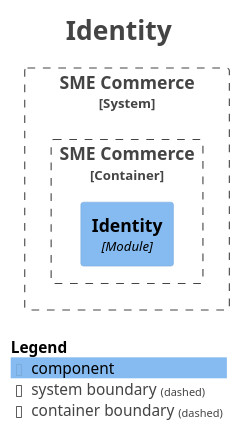
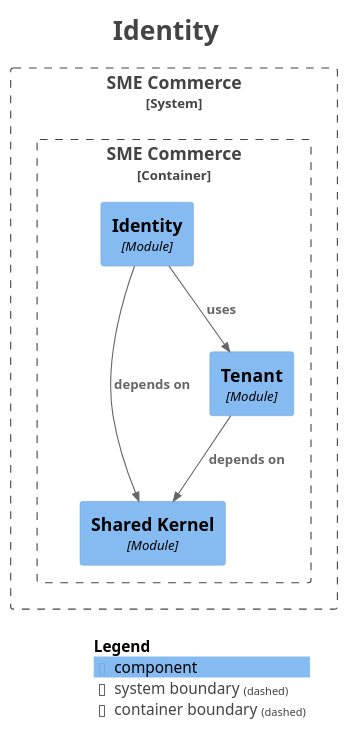
One commit to hezronokwach/sme-commerce-platform changed the diagram in docs/modules/module-identity.puml. Above: the diagram before and after it, drawn with PlantUML. The commit also changed 12 other files, not shown here.

```diff
--- a/docs/modules/module-identity.puml
+++ b/docs/modules/module-identity.puml
@@ -1,27 +1,33 @@
 @startuml
 title <size:24>Identity</size>
 
 set separator none
 top to bottom direction
 
 <style>
   root {
     BackgroundColor: #ffffff
     FontColor: #444444
   }
 </style>
 
 !include <C4/C4>
 !include <C4/C4_Context>
 !include <C4/C4_Component>
 
 System_Boundary("SMECommerce_boundary", "SME Commerce", $tags="") {
   Container_Boundary("SMECommerce.SMECommerce_boundary", "SME Commerce", $tags="") {
+    Component(SMECommerce.SMECommerce.SharedKernel, "Shared Kernel", $techn="Module", $descr="", $tags="", $link="")
+    Component(SMECommerce.SMECommerce.Tenant, "Tenant", $techn="Module", $descr="", $tags="", $link="")
     Component(SMECommerce.SMECommerce.Identity, "Identity", $techn="Module", $descr="", $tags="", $link="")
   }
 
 }
 
+Rel(SMECommerce.SMECommerce.Tenant, SMECommerce.SMECommerce.SharedKernel, "depends on", $techn="", $tags="", $link="")
+Rel(SMECommerce.SMECommerce.Identity, SMECommerce.SMECommerce.SharedKernel, "depends on", $techn="", $tags="", $link="")
+Rel(SMECommerce.SMECommerce.Identity, SMECommerce.SMECommerce.Tenant, "uses", $techn="", $tags="", $link="")
+
 SHOW_LEGEND(true)
 hide stereotypes
 @enduml
```
